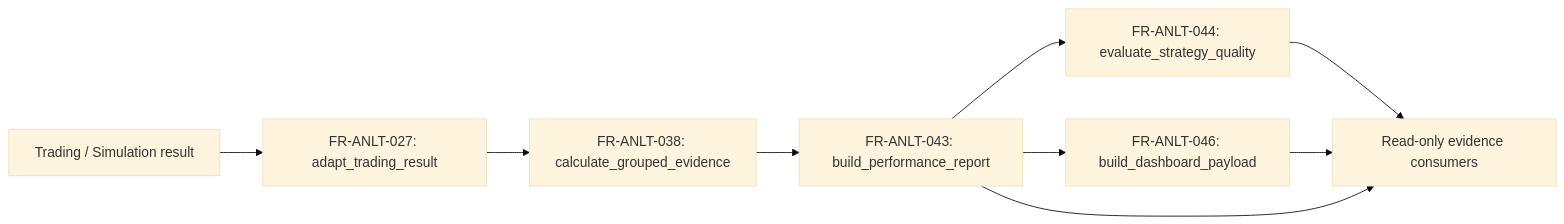
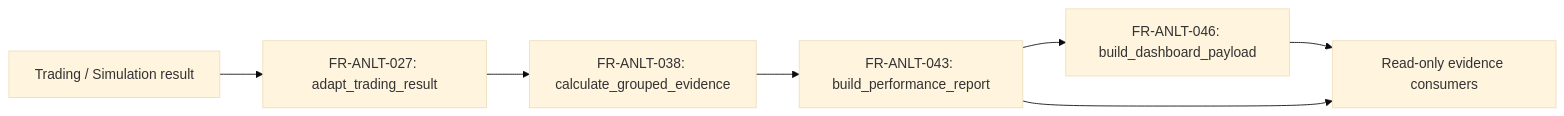
Before and after one commit to haruperi/HaruQuantAI: the third of 3 diagrams in app/services/analytics/README.md, drawn with Mermaid (base theme). The commit also changed other lines of this file and 434 other files, not shown here.

````diff
--- a/app/services/analytics/README.md
+++ b/app/services/analytics/README.md
@@ -712,15 +686,13 @@
 ```mermaid
 flowchart LR
     UP[Trading / Simulation result]
     AD["FR-ANLT-027: adapt_trading_result"]
     GR["FR-ANLT-038: calculate_grouped_evidence"]
     RP["FR-ANLT-043: build_performance_report"]
-    SC["FR-ANLT-044: evaluate_strategy_quality"]
     DB["FR-ANLT-046: build_dashboard_payload"]
     OUT[Read-only evidence consumers]
 
     UP --> AD --> GR --> RP
-    RP --> SC --> OUT
     RP --> DB --> OUT
     RP --> OUT
 ```
````
